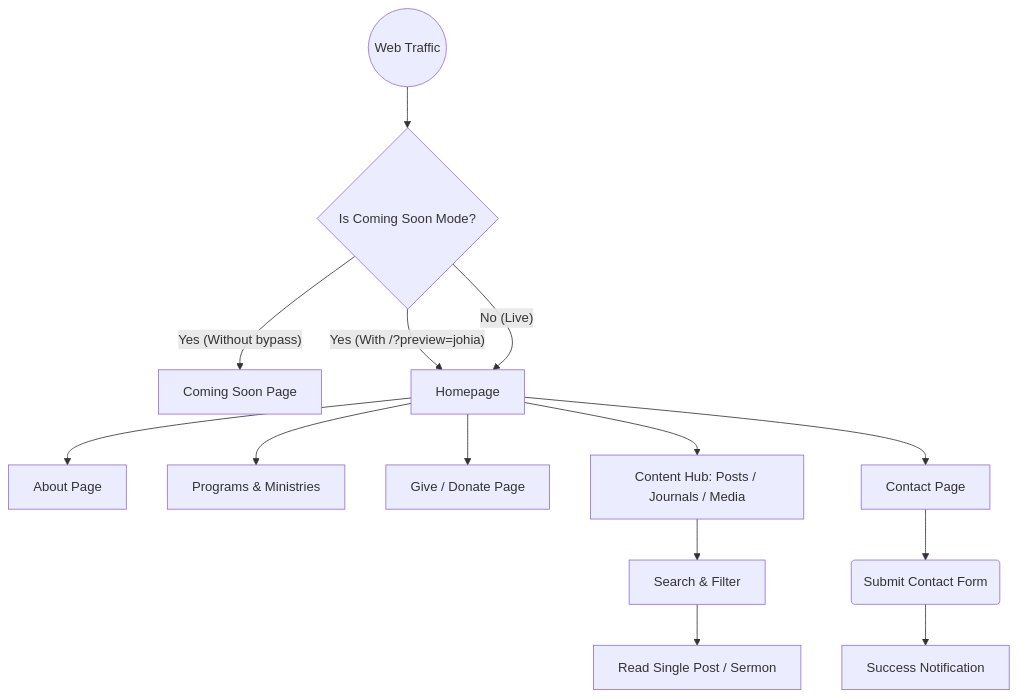
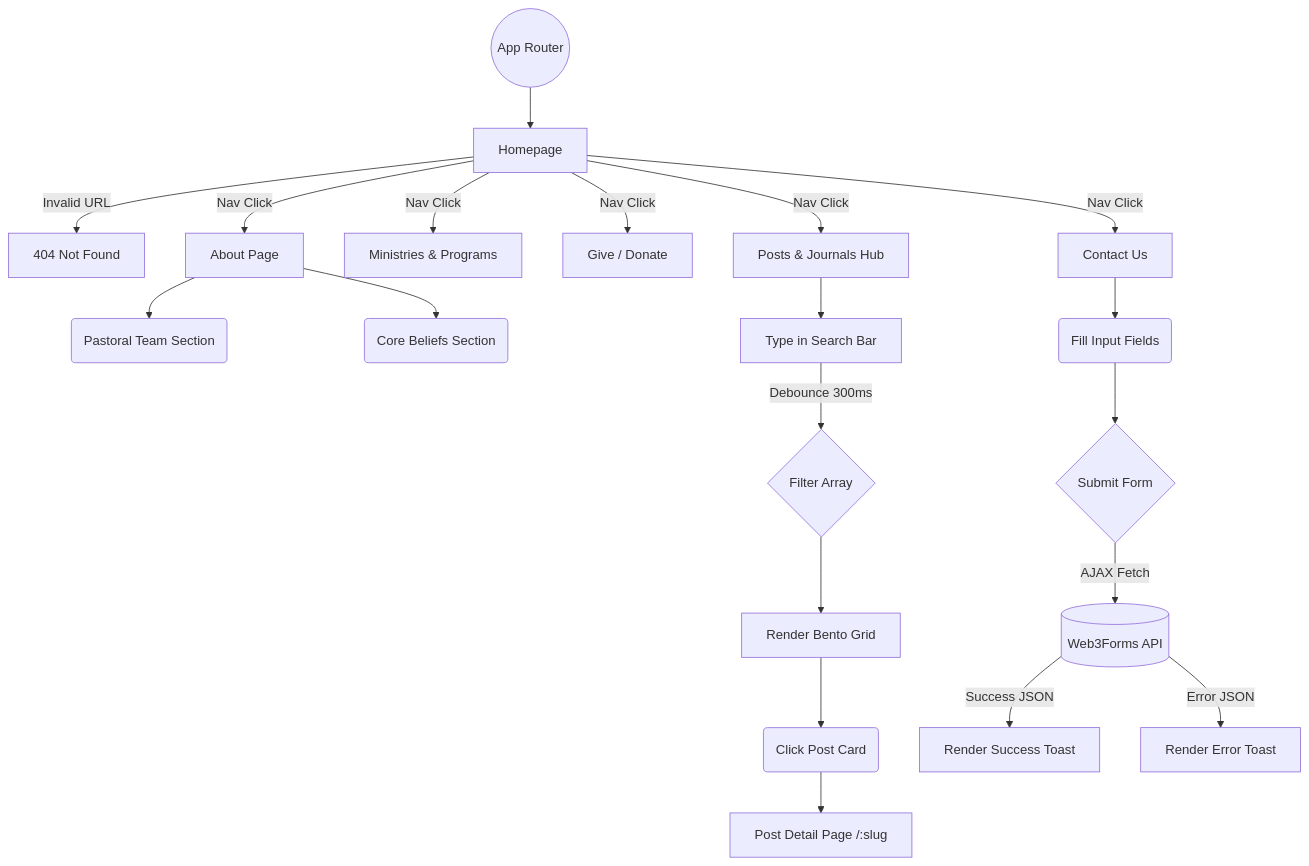
One commit to 2ru17/johia-cubao-web changed the second of 2 diagrams in docs/App-Flow.md. Above: the diagram before and after it, drawn with Mermaid. The commit also changed other lines of this file and 5 other files, not shown here.

````diff
--- a/docs/App-Flow.md
+++ b/docs/App-Flow.md
@@ -13,22 +29,30 @@
 ```mermaid
 graph TD
-    %% Main Entry Points
-    Entry((Web Traffic)) --> Auth{Is Coming Soon Mode?}
-    Auth -- Yes (Without bypass) --> CS[Coming Soon Page]
-    Auth -- Yes (With /?preview=johia) --> Home
-    Auth -- No (Live) --> Home[Homepage]
+    AppRouter((App Router)) --> Home[Homepage]
+    
+    %% Top Level Navigation
+    Home -->|Nav Click| About[About Page]
+    Home -->|Nav Click| Programs[Ministries & Programs]
+    Home -->|Nav Click| Give[Give / Donate]
+    Home -->|Nav Click| ContentHub[Posts & Journals Hub]
+    Home -->|Nav Click| Contact[Contact Us]
+    Home -->|Invalid URL| 404[404 Not Found]
 
-    %% Top Level Navigation
-    Home --> About[About Page]
-    Home --> Programs[Programs & Ministries]
-    Home --> Give[Give / Donate Page]
-    Home --> ContentHub[Content Hub: Posts / Journals / Media]
-    Home --> Contact[Contact Page]
+    %% Deep Links - About
+    About --> PastoralTeam(Pastoral Team Section)
+    About --> CoreBeliefs(Core Beliefs Section)
 
-    %% Deep Links
-    ContentHub --> Search[Search & Filter]
-    Search --> PostDetail[Read Single Post / Sermon]
-    
-    Contact --> SubmitForm(Submit Contact Form)
-    SubmitForm --> SuccessAlert[Success Notification]
+    %% Deep Links - Content Hub
+    ContentHub --> Search[Type in Search Bar]
+    Search --> |Debounce 300ms| FilterLogic{Filter Array}
+    FilterLogic --> RenderGrid[Render Bento Grid]
+    RenderGrid --> ClickPost(Click Post Card)
+    ClickPost --> PostDetail[Post Detail Page /:slug]
+
+    %% Deep Links - Contact
+    Contact --> FillForm(Fill Input Fields)
+    FillForm --> SubmitForm{Submit Form}
+    SubmitForm --> |AJAX Fetch| Web3Forms[(Web3Forms API)]
+    Web3Forms --> |Success JSON| ToastSuccess[Render Success Toast]
+    Web3Forms --> |Error JSON| ToastError[Render Error Toast]
 ```
````
